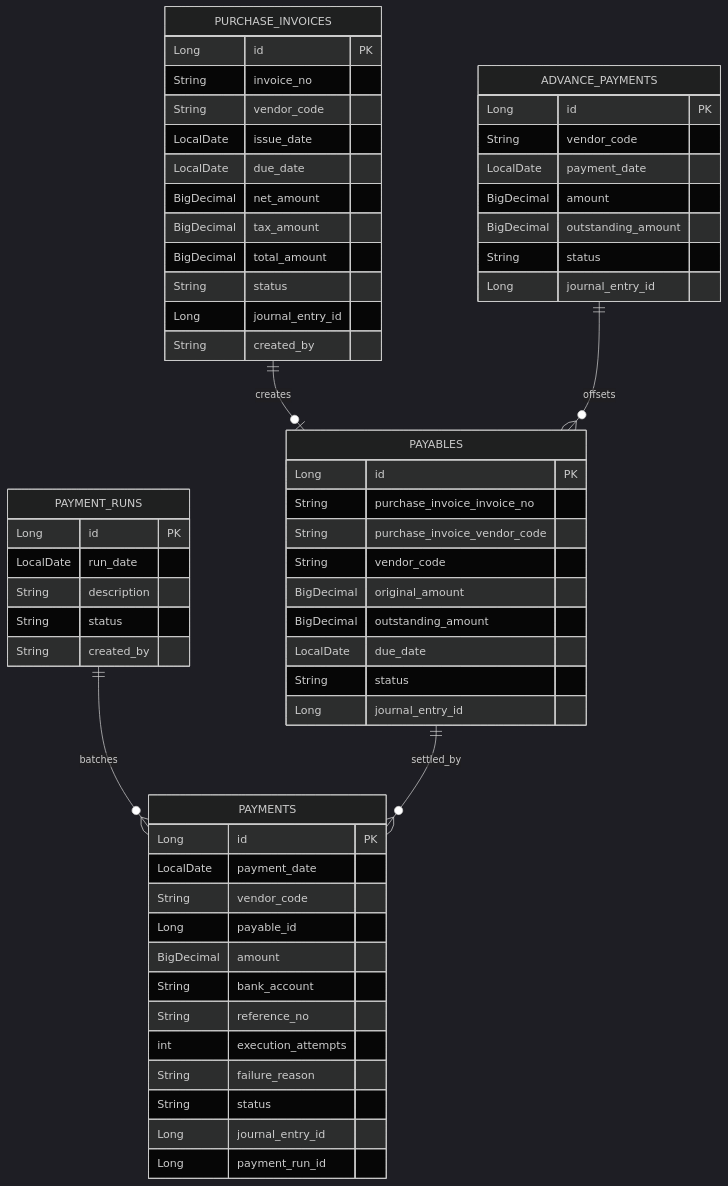
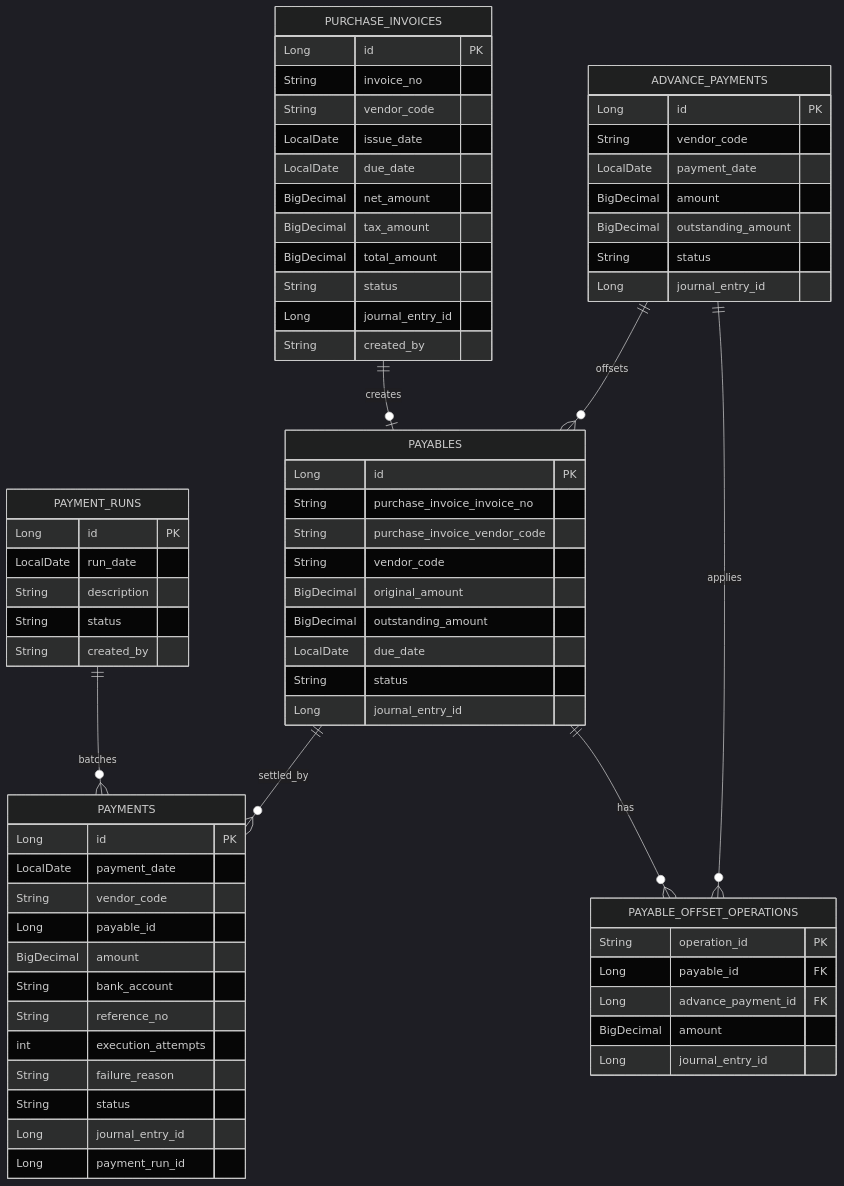
Before and after one commit to skyg547/account: the diagram in payable/docs/schema.md, drawn with Mermaid (dark theme). The commit also changed other lines of this file and 94 other files, not shown here.

Commit message:
GH-765: add durable journal creation operation identities across modules

````diff
--- a/payable/docs/schema.md
+++ b/payable/docs/schema.md
@@ -5,66 +5,76 @@
 ```mermaid
 erDiagram
     PURCHASE_INVOICES ||--o| PAYABLES : creates
     PAYMENT_RUNS ||--o{ PAYMENTS : batches
     PAYABLES ||--o{ PAYMENTS : settled_by
     ADVANCE_PAYMENTS ||--o{ PAYABLES : offsets
+    PAYABLES ||--o{ PAYABLE_OFFSET_OPERATIONS : has
+    ADVANCE_PAYMENTS ||--o{ PAYABLE_OFFSET_OPERATIONS : applies
 
     PURCHASE_INVOICES {
         Long id PK
         String invoice_no
         String vendor_code
         LocalDate issue_date
         LocalDate due_date
         BigDecimal net_amount
         BigDecimal tax_amount
         BigDecimal total_amount
         String status
         Long journal_entry_id
         String created_by
     }
 
     PAYABLES {
         Long id PK
         String purchase_invoice_invoice_no
         String purchase_invoice_vendor_code
         String vendor_code
         BigDecimal original_amount
         BigDecimal outstanding_amount
         LocalDate due_date
         String status
         Long journal_entry_id
     }
 
     PAYMENT_RUNS {
         Long id PK
         LocalDate run_date
         String description
         String status
         String created_by
     }
 
     PAYMENTS {
         Long id PK
         LocalDate payment_date
         String vendor_code
         Long payable_id
         BigDecimal amount
         String bank_account
         String reference_no
         int execution_attempts
         String failure_reason
         String status
         Long journal_entry_id
         Long payment_run_id
     }
 
     ADVANCE_PAYMENTS {
         Long id PK
         String vendor_code
         LocalDate payment_date
         BigDecimal amount
         BigDecimal outstanding_amount
         String status
         Long journal_entry_id
     }
+
+    PAYABLE_OFFSET_OPERATIONS {
+        String operation_id PK
+        Long payable_id FK
+        Long advance_payment_id FK
+        BigDecimal amount
+        Long journal_entry_id
+    }
 ```
````
